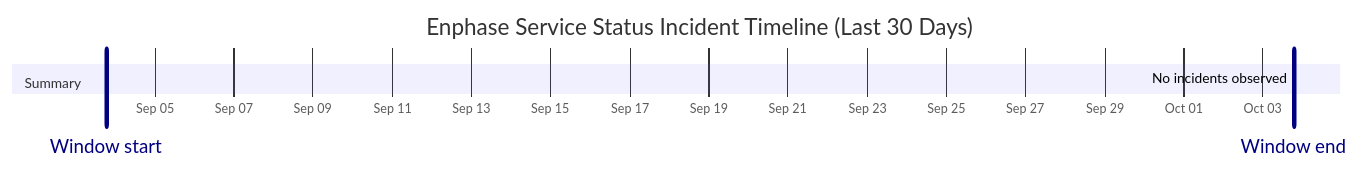
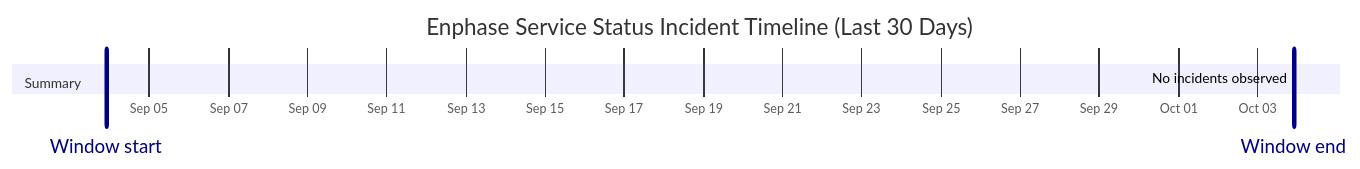
The diagram in wiki/Service-Status-History.md (barneyonline/ha-enphase-energy), drawn with Mermaid before and after one commit. The commit also changed other lines of this file and 3 other files, not shown here.

````diff
--- a/wiki/Service-Status-History.md
+++ b/wiki/Service-Status-History.md
@@ -14,10 +14,10 @@
 ```mermaid
 gantt
     title Enphase Service Status Incident Timeline (Last 30 Days)
     dateFormat  YYYY-MM-DDTHH:mm:ss
     axisFormat  %b %d
-    Window start :vert, window-start, 2026-09-03T18:46:20, 0ms
-    Window end :vert, window-end, 2026-10-03T18:46:20, 0ms
+    Window start :vert, window-start, 2026-09-03T21:58:48, 0ms
+    Window end :vert, window-end, 2026-10-03T21:58:48, 0ms
     section Summary
-    No incidents observed :done, 2026-10-03T18:46:20, 1m
+    No incidents observed :done, 2026-10-03T21:58:48, 1m
 ```
````
